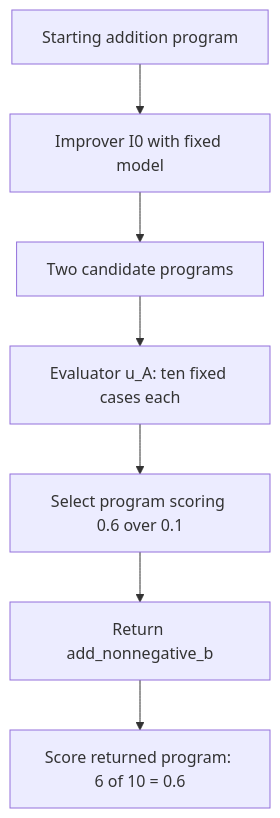
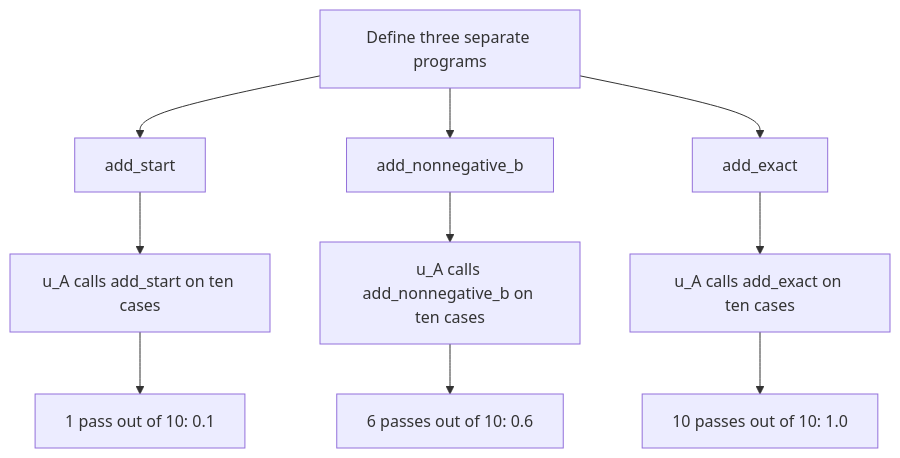
Before and after one commit to jairzinhosantos/thinking-harness: the third of 7 diagrams in research/literature/reviews/pap-0001-stop.md, drawn with Mermaid. The commit also changed other lines of this file and 1 other file, not shown here.

````diff
--- a/research/literature/reviews/pap-0001-stop.md
+++ b/research/literature/reviews/pap-0001-stop.md
@@ -264,9 +175,12 @@
 ```mermaid
 flowchart TD
-    S[Starting addition program] --> I[Improver I0 with fixed model]
-    I --> C[Two candidate programs]
-    C --> U[Evaluator u_A: ten fixed cases each]
-    U --> P[Select program scoring 0.6 over 0.1]
-    P --> R[Return add_nonnegative_b]
-    R --> F[Score returned program: 6 of 10 = 0.6]
+    D[Define three separate programs] --> S[add_start]
+    D --> P[add_nonnegative_b]
+    D --> E[add_exact]
+    S --> US[u_A calls add_start on ten cases]
+    P --> UP[u_A calls add_nonnegative_b on ten cases]
+    E --> UE[u_A calls add_exact on ten cases]
+    US --> RS[1 pass out of 10: 0.1]
+    UP --> RP[6 passes out of 10: 0.6]
+    UE --> RE[10 passes out of 10: 1.0]
 ```
````
